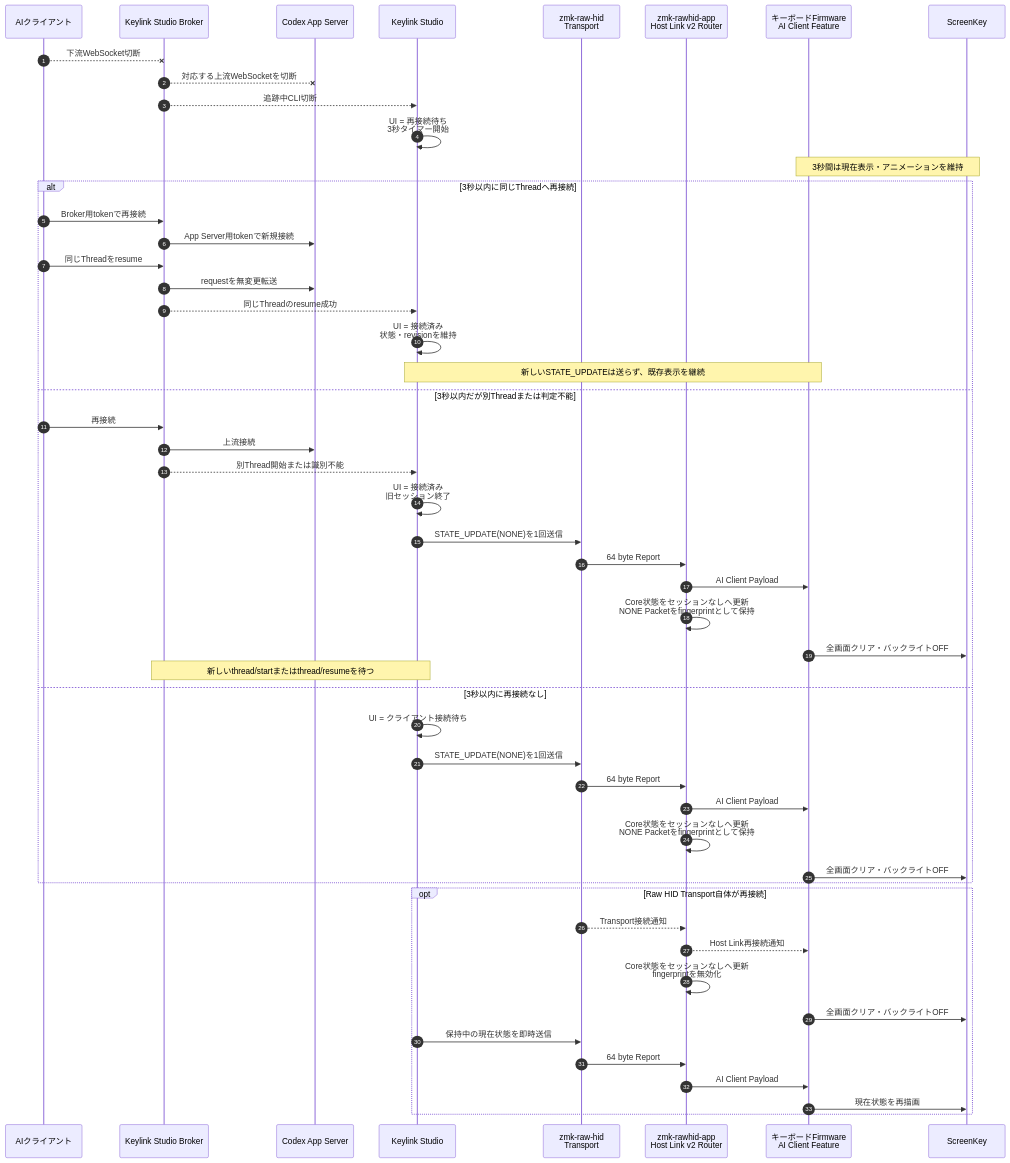
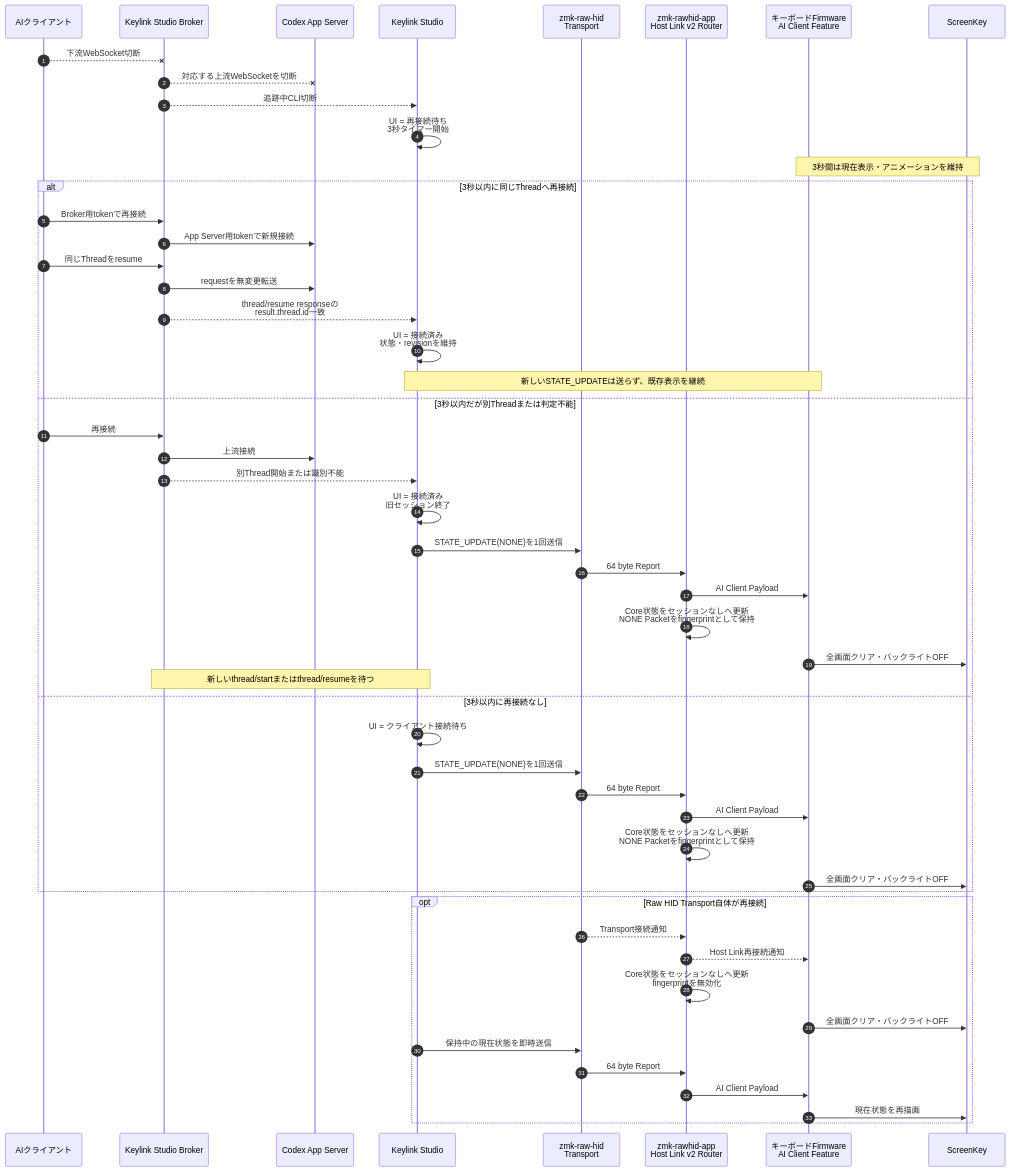
One commit to hrmt-lab/Keylink-Studio changed the third of 9 diagrams in docs/keylink-studio-codex-screenkey-prototype-spec-reviewed-v10.md. Above: the diagram before and after it, drawn with Mermaid. The commit also changed other lines of this file, not shown here.

Commit message:
docs: align Codex integration with broker architecture

````diff
--- a/docs/keylink-studio-codex-screenkey-prototype-spec-reviewed-v10.md
+++ b/docs/keylink-studio-codex-screenkey-prototype-spec-reviewed-v10.md
@@ -1852,57 +1912,57 @@
 ```mermaid
 sequenceDiagram
     autonumber
     participant AC as AIクライアント
     participant BR as Keylink Studio Broker
     participant AS as Codex App Server
     participant KS as Keylink Studio
     participant RH as zmk-raw-hid<br/>Transport
     participant APP as zmk-rawhid-app<br/>Host Link v2 Router
     participant FW as キーボードFirmware<br/>AI Client Feature
     participant LCD as ScreenKey
 
     AC--xBR: 下流WebSocket切断
     BR--xAS: 対応する上流WebSocketを切断
     BR-->>KS: 追跡中CLI切断
     KS->>KS: UI = 再接続待ち<br/>3秒タイマー開始
     Note over FW,LCD: 3秒間は現在表示・アニメーションを維持
 
     alt 3秒以内に同じThreadへ再接続
         AC->>BR: Broker用tokenで再接続
         BR->>AS: App Server用tokenで新規接続
         AC->>BR: 同じThreadをresume
         BR->>AS: requestを無変更転送
-        BR-->>KS: 同じThreadのresume成功
+        BR-->>KS: thread/resume responseの<br/>result.thread.id一致
         KS->>KS: UI = 接続済み<br/>状態・revisionを維持
         Note over KS,FW: 新しいSTATE_UPDATEは送らず、既存表示を継続
     else 3秒以内だが別Threadまたは判定不能
         AC->>BR: 再接続
         BR->>AS: 上流接続
         BR-->>KS: 別Thread開始または識別不能
         KS->>KS: UI = 接続済み<br/>旧セッション終了
         KS->>RH: STATE_UPDATE(NONE)を1回送信
         RH->>APP: 64 byte Report
         APP->>FW: AI Client Payload
         APP->>APP: Core状態をセッションなしへ更新<br/>NONE Packetをfingerprintとして保持
         FW->>LCD: 全画面クリア・バックライトOFF
         Note over KS,BR: 新しいthread/startまたはthread/resumeを待つ
     else 3秒以内に再接続なし
         KS->>KS: UI = クライアント接続待ち
         KS->>RH: STATE_UPDATE(NONE)を1回送信
         RH->>APP: 64 byte Report
         APP->>FW: AI Client Payload
         APP->>APP: Core状態をセッションなしへ更新<br/>NONE Packetをfingerprintとして保持
         FW->>LCD: 全画面クリア・バックライトOFF
     end
 
     opt Raw HID Transport自体が再接続
         RH-->>APP: Transport接続通知
         APP-->>FW: Host Link再接続通知
         APP->>APP: Core状態をセッションなしへ更新<br/>fingerprintを無効化
         FW->>LCD: 全画面クリア・バックライトOFF
         KS->>RH: 保持中の現在状態を即時送信
         RH->>APP: 64 byte Report
         APP->>FW: AI Client Payload
         FW->>LCD: 現在状態を再描画
     end
 ```
````
